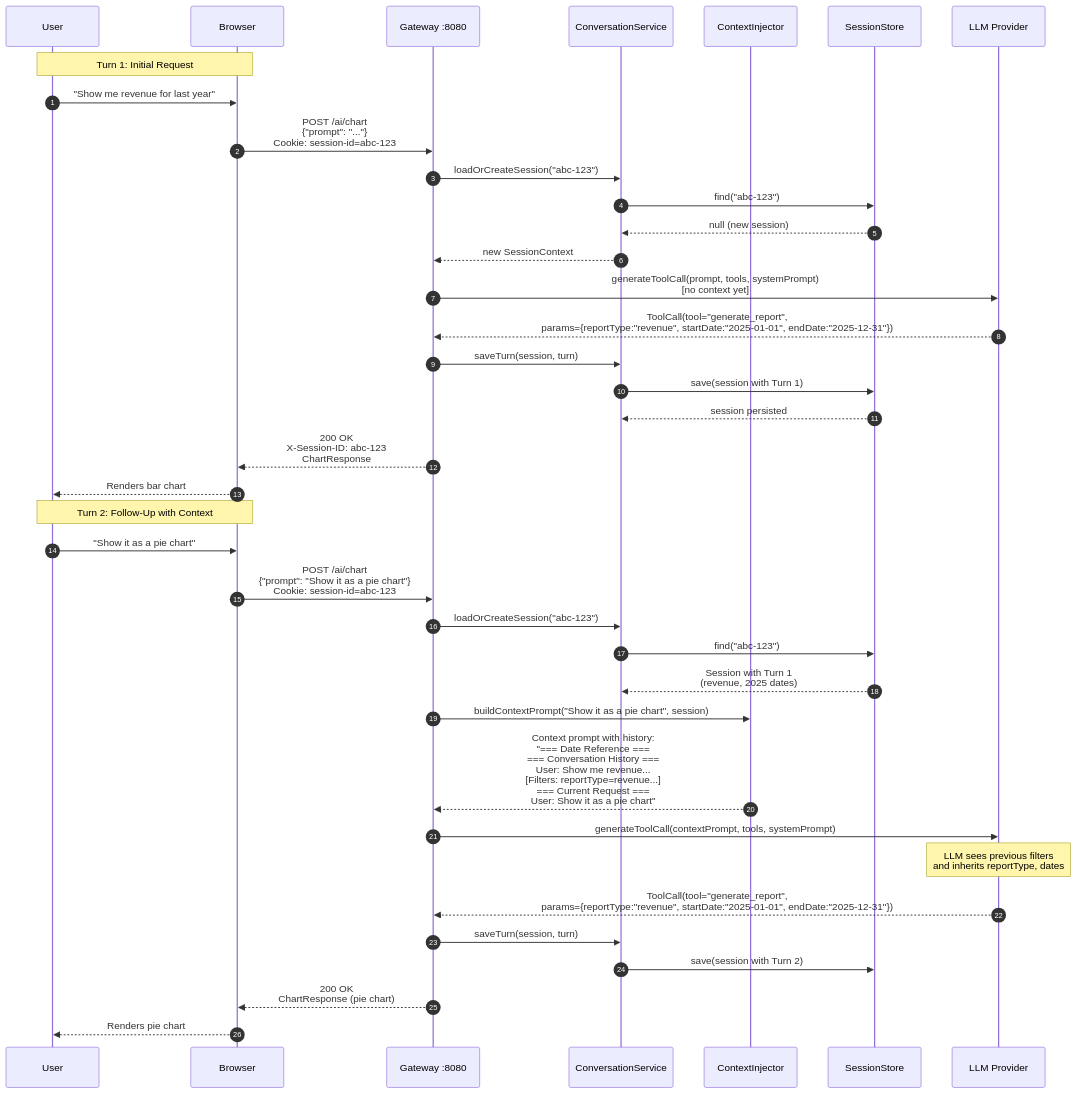
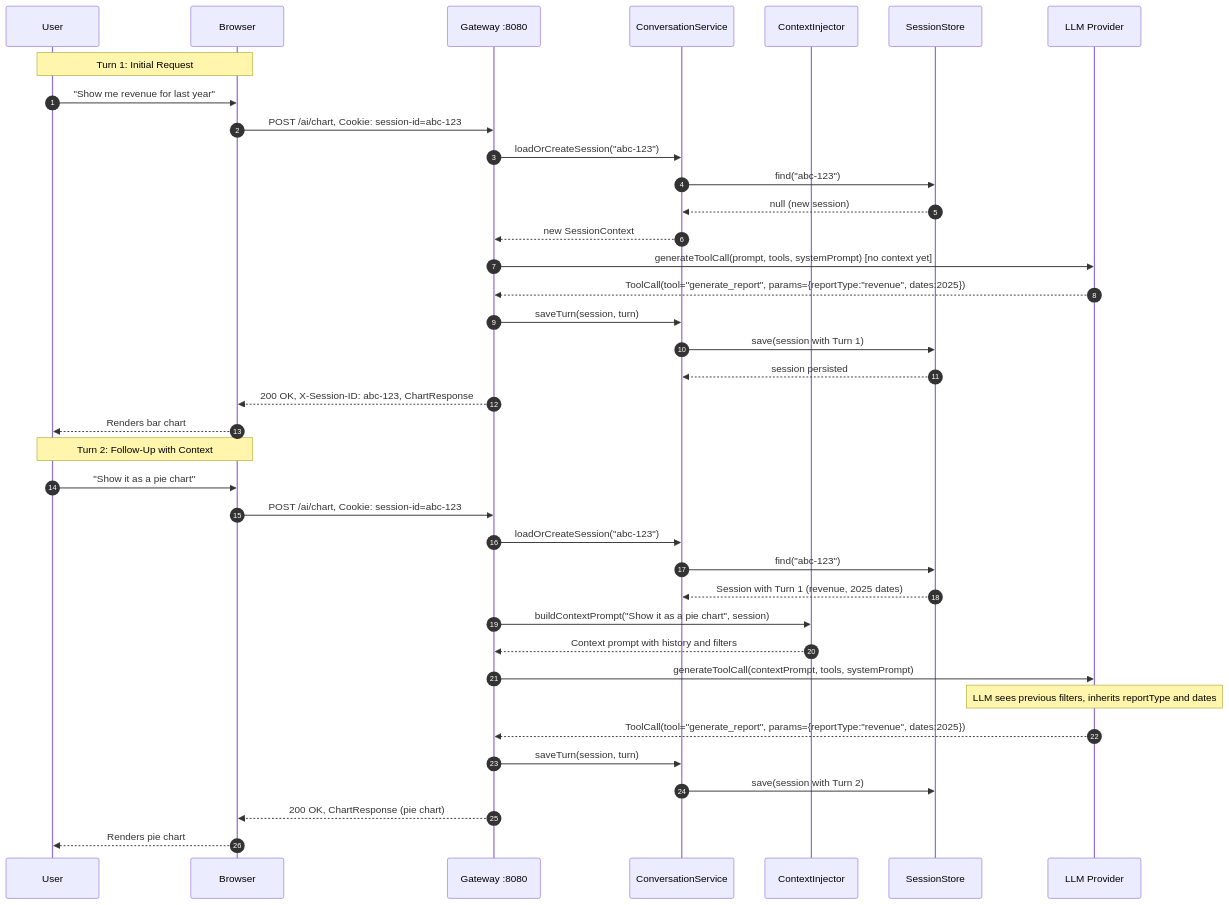
Before and after one commit to rajashashankmuppirala/mcp-poc: diagram 14 of 16 in docs/ARCHITECTURE_V2.md, drawn with Mermaid. The commit also changed other lines of this file, not shown here.

````diff
--- a/docs/ARCHITECTURE_V2.md
+++ b/docs/ARCHITECTURE_V2.md
@@ -940,42 +973,42 @@
 ```mermaid
 sequenceDiagram
     autonumber
     participant User as User
     participant Browser as Browser
     participant GW as Gateway :8080
     participant CS as ConversationService
     participant CI as ContextInjector
     participant SS as SessionStore
     participant LLM as LLM Provider
 
     Note over User,Browser: Turn 1: Initial Request
     User->>Browser: "Show me revenue for last year"
-    Browser->>GW: POST /ai/chart<br/>{"prompt": "..."}<br/>Cookie: session-id=abc-123
+    Browser->>GW: POST /ai/chart, Cookie: session-id=abc-123
     GW->>CS: loadOrCreateSession("abc-123")
     CS->>SS: find("abc-123")
     SS-->>CS: null (new session)
     CS-->>GW: new SessionContext
-    GW->>LLM: generateToolCall(prompt, tools, systemPrompt)<br/>[no context yet]
-    LLM-->>GW: ToolCall(tool="generate_report",<br/>params={reportType:"revenue", startDate:"2025-01-01", endDate:"2025-12-31"})
+    GW->>LLM: generateToolCall(prompt, tools, systemPrompt) [no context yet]
+    LLM-->>GW: ToolCall(tool="generate_report", params={reportType:"revenue", dates:2025})
     GW->>CS: saveTurn(session, turn)
     CS->>SS: save(session with Turn 1)
     SS-->>CS: session persisted
-    GW-->>Browser: 200 OK<br/>X-Session-ID: abc-123<br/>ChartResponse
+    GW-->>Browser: 200 OK, X-Session-ID: abc-123, ChartResponse
     Browser-->>User: Renders bar chart
 
     Note over User,Browser: Turn 2: Follow-Up with Context
     User->>Browser: "Show it as a pie chart"
-    Browser->>GW: POST /ai/chart<br/>{"prompt": "Show it as a pie chart"}<br/>Cookie: session-id=abc-123
+    Browser->>GW: POST /ai/chart, Cookie: session-id=abc-123
     GW->>CS: loadOrCreateSession("abc-123")
     CS->>SS: find("abc-123")
-    SS-->>CS: Session with Turn 1<br/>(revenue, 2025 dates)
+    SS-->>CS: Session with Turn 1 (revenue, 2025 dates)
     GW->>CI: buildContextPrompt("Show it as a pie chart", session)
-    CI-->>GW: Context prompt with history:<br/>"=== Date Reference ===<br/>=== Conversation History ===<br/>User: Show me revenue...<br/>[Filters: reportType=revenue...]<br/>=== Current Request ===<br/>User: Show it as a pie chart"
+    CI-->>GW: Context prompt with history and filters
     GW->>LLM: generateToolCall(contextPrompt, tools, systemPrompt)
-    Note over LLM: LLM sees previous filters<br/>and inherits reportType, dates
-    LLM-->>GW: ToolCall(tool="generate_report",<br/>params={reportType:"revenue", startDate:"2025-01-01", endDate:"2025-12-31"})
+    Note over LLM: LLM sees previous filters, inherits reportType and dates
+    LLM-->>GW: ToolCall(tool="generate_report", params={reportType:"revenue", dates:2025})
     GW->>CS: saveTurn(session, turn)
     CS->>SS: save(session with Turn 2)
-    GW-->>Browser: 200 OK<br/>ChartResponse (pie chart)
+    GW-->>Browser: 200 OK, ChartResponse (pie chart)
     Browser-->>User: Renders pie chart
 ```
````
